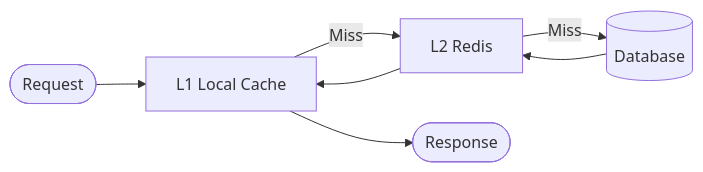
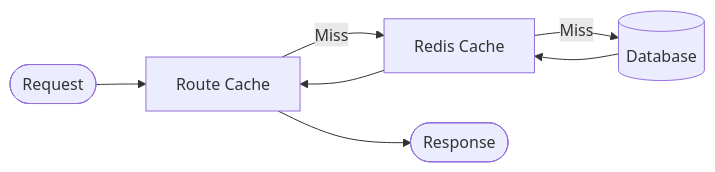
One commit to zhu1090093659/GEO changed the tenth of 11 diagrams in docs/architecture/DATA_FLOW.md. Above: the diagram before and after it, drawn with Mermaid. The commit also changed other lines of this file and 10 other files, not shown here.

Commit message:
Refactor documentation to enhance clarity and structure, including updates to architecture, module interfaces, API references, and troubleshooting guides. Introduce GEO branding across all documents and improve the setup and deployment instructions for better developer experience.

````diff
--- a/docs/architecture/DATA_FLOW.md
+++ b/docs/architecture/DATA_FLOW.md
@@ -107,9 +380,9 @@
 ```mermaid
 flowchart LR
-    Request([Request]) --> L1[L1 Local Cache]
-    L1 -->|Miss| L2[L2 Redis]
+    Request([Request]) --> L1[Route Cache]
+    L1 -->|Miss| L2[Redis Cache]
     L2 -->|Miss| DB[(Database)]
     DB --> L2
     L2 --> L1
     L1 --> Response([Response])
 ```
````
